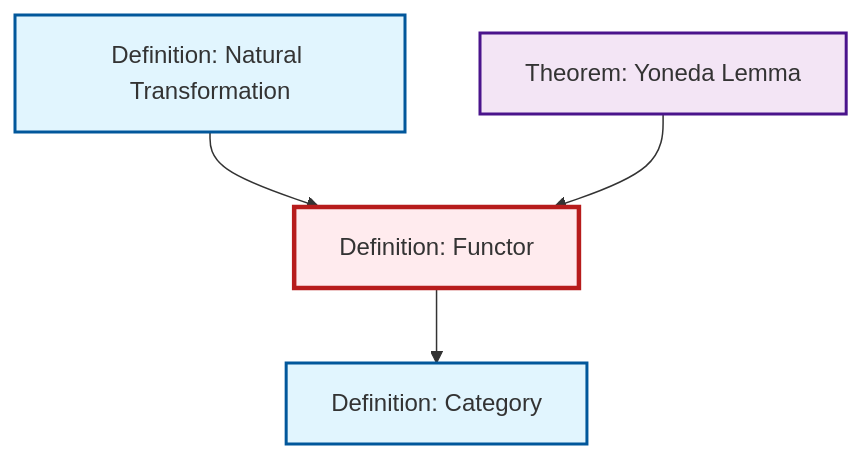
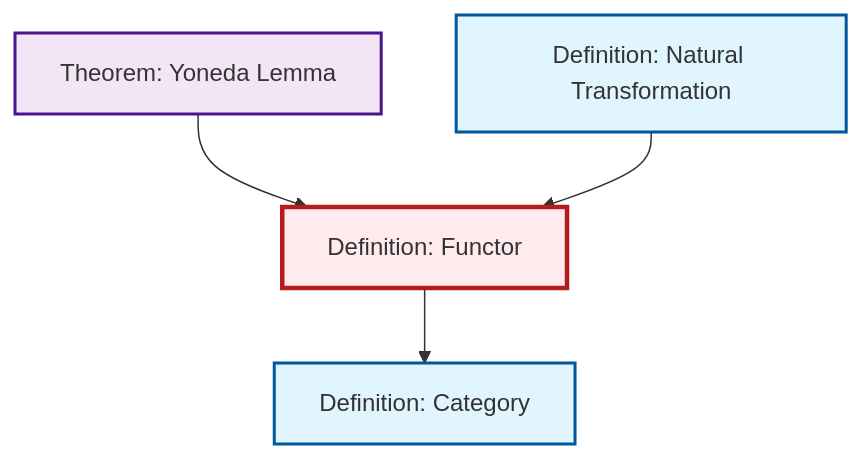
Before and after one commit to RK0429/ModernMath: the diagram in output/mermaid/def-functor.mermaid, drawn with Mermaid. The commit also changed other lines of this file and 1198 other files, not shown here.

````diff
--- a/output/mermaid/def-functor.mermaid
+++ b/output/mermaid/def-functor.mermaid
@@ -1,17 +1,17 @@
 ```{mermaid}
 %%| fig-cap: "Local dependency graph"
 graph TD
     classDef definition fill:#e1f5fe,stroke:#01579b,stroke-width:2px
     classDef theorem fill:#f3e5f5,stroke:#4a148c,stroke-width:2px
     classDef axiom fill:#fff3e0,stroke:#e65100,stroke-width:2px
     classDef example fill:#e8f5e9,stroke:#1b5e20,stroke-width:2px
     classDef current fill:#ffebee,stroke:#b71c1c,stroke-width:3px
+    def-natural-transformation["Definition: Natural Transformation"]:::definition
     def-category["Definition: Category"]:::definition
+    thm-yoneda["Theorem: Yoneda Lemma"]:::theorem
     def-functor["Definition: Functor"]:::definition
-    thm-yoneda["Theorem: Yoneda Lemma"]:::theorem
-    def-natural-transformation["Definition: Natural Transformation"]:::definition
+    def-functor --> def-category
+    thm-yoneda --> def-functor
     def-natural-transformation --> def-functor
-    thm-yoneda --> def-functor
-    def-functor --> def-category
     class def-functor current
 ```
````
